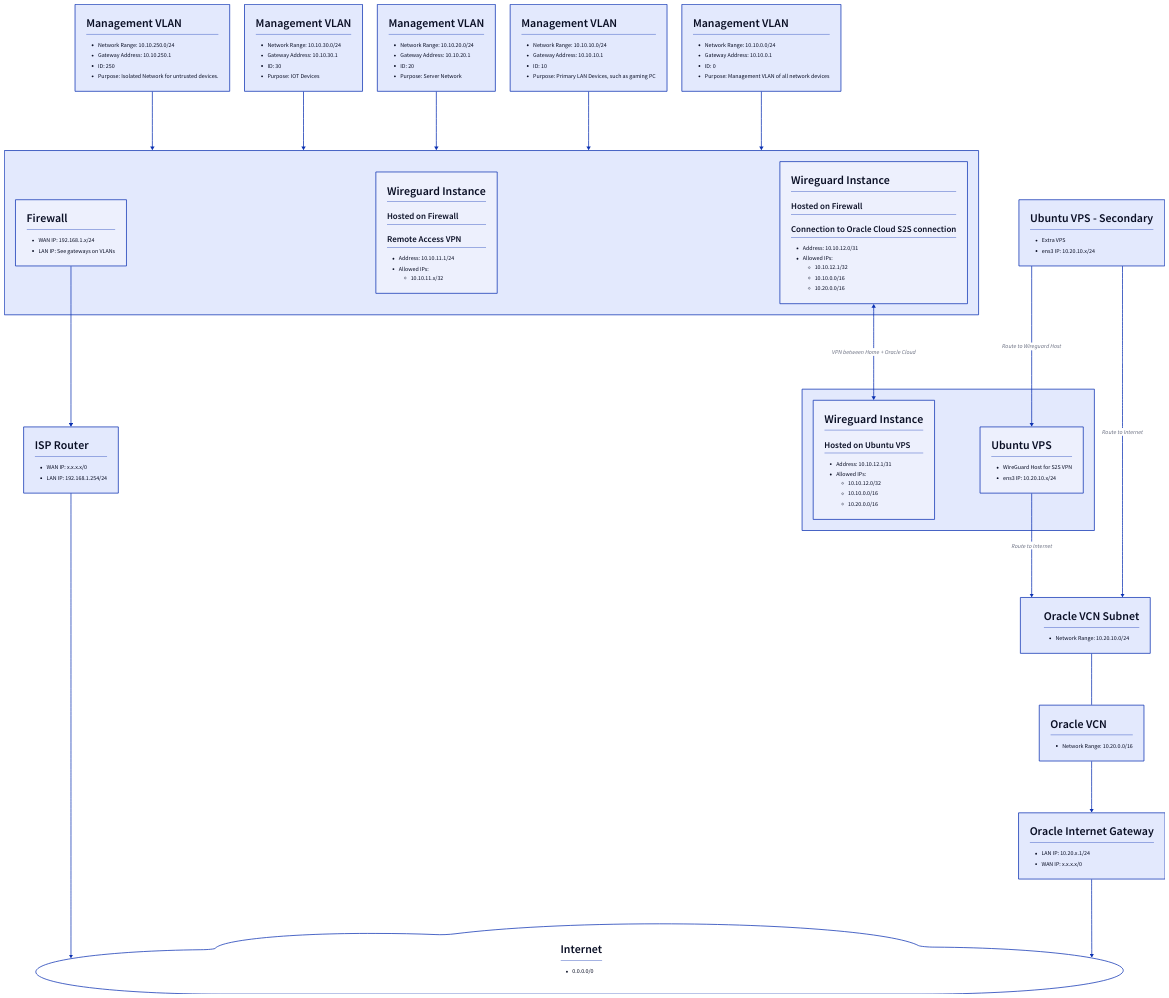
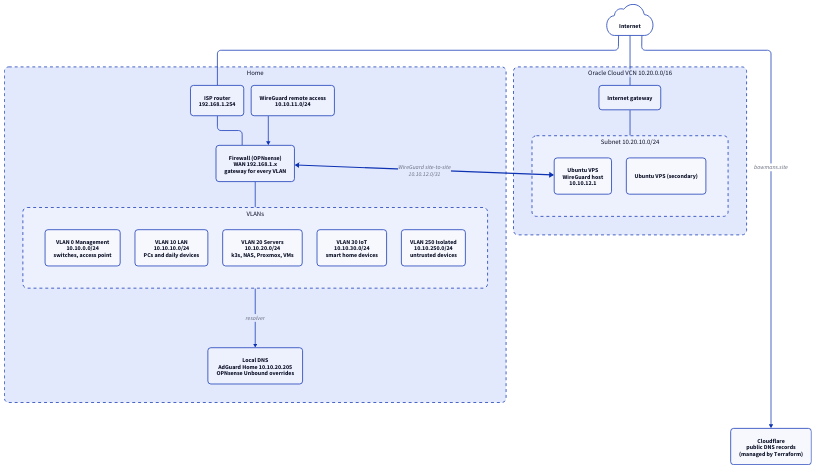
The diagram in diagram/network.d2 (sam-bowman/homelab-cluster), drawn with D2 before and after one commit. The commit also changed 10 other files, not shown here.

Commit message:
README + diagrams

```diff
--- a/diagram/network.d2
+++ b/diagram/network.d2
@@ -1,189 +1,79 @@
-ubuntu_vps_secondary: {
-    label: ""
-    explanation: |md
-        # Ubuntu VPS - Secondary
-        - Extra VPS
-        - ens3 IP: 10.20.10.x/24
-    |
+# Logical network: VLANs, VPNs and the Oracle Cloud side.
+# Render: d2 network.d2 network.svg
+vars: {
+  d2-config: {
+    layout-engine: elk
+    theme-id: 0
+    dark-theme-id: 200
+    pad: 40
+  }
 }
 
-ubuntu_vps_group: {
-    label: ""
-    ubuntu_vps_wireguard: {
-        label: ""
-        explanation: |md
-            # Wireguard Instance
-            ## Hosted on Ubuntu VPS
-            - Address: 10.10.12.1/31
-            - Allowed IPs: 
-                - 10.10.12.0/32
-                - 10.10.0.0/16
-                - 10.20.0.0/16
-        |
+direction: down
+
+classes: {
+  box: {
+    style: {
+      border-radius: 8
     }
-    ubuntu_vps: {
-        label: ""
-        explanation: |md
-            # Ubuntu VPS
-            - WireGuard Host for S2S VPN
-            - ens3 IP: 10.20.10.x/24
-        |
+  }
+  group: {
+    style: {
+      border-radius: 12
+      stroke-dash: 4
+      font-size: 18
     }
-    
+  }
 }
 
-
-
-ubuntu_vps_secondary -> ubuntu_vps_group.ubuntu_vps: "Route to Wireguard Host"
-
-oracle_sub_net: {
-    label: ""
-    explanation: |md
-        # Oracle VCN Subnet
-        - Network Range: 10.20.10.0/24
-    |
+internet: Internet {
+  shape: cloud
 }
 
-ubuntu_vps_secondary -> oracle_sub_net: "Route to Internet"
-ubuntu_vps_group.ubuntu_vps -> oracle_sub_net: "Route to Internet"
+home: Home {
+  class: group
 
-oracle_super_net: {
-    label: ""
-    explanation: |md
-        # Oracle VCN
-        - Network Range: 10.20.0.0/16
-    |
+  isp: "ISP router\n192.168.1.254" {class: box}
+  firewall: "Firewall (OPNsense)\nWAN 192.168.1.x\ngateway for every VLAN" {class: box}
+  ra: "WireGuard remote access\n10.10.11.0/24" {class: box}
+  local_dns: "Local DNS\nAdGuard Home 10.10.20.205\nOPNsense Unbound overrides" {class: box}
+
+  vlans: "VLANs" {
+    class: group
+    grid-columns: 5
+    v0: "VLAN 0 Management\n10.10.0.0/24\nswitches, access point" {class: box}
+    v10: "VLAN 10 LAN\n10.10.10.0/24\nPCs and daily devices" {class: box}
+    v20: "VLAN 20 Servers\n10.10.20.0/24\nk3s, NAS, Proxmox, VMs" {class: box}
+    v30: "VLAN 30 IoT\n10.10.30.0/24\nsmart home devices" {class: box}
+    v250: "VLAN 250 Isolated\n10.10.250.0/24\nuntrusted devices" {class: box}
+  }
+
+  isp -- firewall
+  ra -> firewall
+  firewall -- vlans
 }
 
-oracle_sub_net -- oracle_super_net
+oracle: "Oracle Cloud VCN 10.20.0.0/16" {
+  class: group
 
-oracle_internet_gateway: {
-    label: ""
-    explanation: |md
-        # Oracle Internet Gateway
-        - LAN IP: 10.20.x.1/24
-        - WAN IP: x.x.x.x/0
-    |
+  igw: "Internet gateway" {class: box}
+  subnet: "Subnet 10.20.10.0/24" {
+    class: group
+    grid-columns: 2
+    vps: "Ubuntu VPS\nWireGuard host\n10.10.12.1" {class: box}
+    vps2: "Ubuntu VPS (secondary)" {class: box}
+  }
+  igw -- subnet
 }
 
-oracle_super_net -> oracle_internet_gateway
+cloudflare: "Cloudflare\npublic DNS records\n(managed by Terraform)" {class: box}
 
-internet: {
-    label: ""
-    shape: cloud
-    explanation: |md
-        # Internet
-        - 0.0.0.0/0
-    |
+internet -- home.isp
+internet -- oracle.igw
+
+home.firewall <-> oracle.subnet.vps: "WireGuard site-to-site\n10.10.12.0/31" {
+  style.stroke-width: 3
 }
 
-oracle_internet_gateway -> internet
-
-isp_router: {
-    label: ""
-    explanation: |md
-        # ISP Router
-        - WAN IP: x.x.x.x/0
-        - LAN IP: 192.168.1.254/24
-    |
-}
-
-internet <- isp_router
-
-firewall_group: {
-    label: ""
-    direction: right
-    firewall_wireguard_vps_s2s: {
-        label: ""
-        explanation: |md
-            # Wireguard Instance
-            ## Hosted on Firewall
-            ## Connection to Oracle Cloud S2S connection
-            - Address: 10.10.12.0/31
-            - Allowed IPs: 
-                - 10.10.12.1/32
-                - 10.10.0.0/16
-                - 10.20.0.0/16
-        |
-    }
-    firewall_wireguard_ra_vpn: {
-        label: ""
-        explanation: |md
-            # Wireguard Instance
-            ## Hosted on Firewall
-            ## Remote Access VPN
-            - Address: 10.10.11.1/24
-            - Allowed IPs: 
-                - 10.10.11.x/32
-        |
-    }
-    firewall: {
-        label: ""
-        explanation: |md
-            # Firewall
-            - WAN IP: 192.168.1.x/24
-            - LAN IP: See gateways on VLANs
-        |
-    }
-}
-
-isp_router <- firewall_group.firewall
-
-firewall_group.firewall_wireguard_vps_s2s <-> ubuntu_vps_group.ubuntu_vps_wireguard: "VPN between Home + Oracle Cloud"
-
-vnet_0000_mgmt: {
-    label: ""
-    explanation: |md
-        # Management VLAN
-        - Network Range: 10.10.0.0/24
-        - Gateway Address: 10.10.0.1
-        - ID: 0
-        - Purpose: Management VLAN of all network devices
-    |
-}
-vnet_0010_lan: {
-    label: ""
-    explanation: |md
-        # Management VLAN
-        - Network Range: 10.10.10.0/24
-        - Gateway Address: 10.10.10.1
-        - ID: 10
-        - Purpose: Primary LAN Devices, such as gaming PC
-    |
-}
-vnet_0020_server: {
-    label: ""
-    explanation: |md
-        # Management VLAN
-        - Network Range: 10.10.20.0/24
-        - Gateway Address: 10.10.20.1
-        - ID: 20
-        - Purpose: Server Network
-    |
-}
-vnet_0030_iot: {
-    label: ""
-    explanation: |md
-        # Management VLAN
-        - Network Range: 10.10.30.0/24
-        - Gateway Address: 10.10.30.1
-        - ID: 30
-        - Purpose: IOT Devices
-    |
-}
-vnet_0250_isolated: {
-    label: ""
-    explanation: |md
-        # Management VLAN
-        - Network Range: 10.10.250.0/24
-        - Gateway Address: 10.10.250.1
-        - ID: 250
-        - Purpose: Isolated Network for untrusted devices.
-    |
-}
-
-firewall_group <- vnet_0000_mgmt
-firewall_group <- vnet_0010_lan
-firewall_group <- vnet_0020_server
-firewall_group <- vnet_0030_iot
-firewall_group <- vnet_0250_isolated
+home.vlans -> home.local_dns: resolver
+internet -> cloudflare: "bowmans.site"
```
